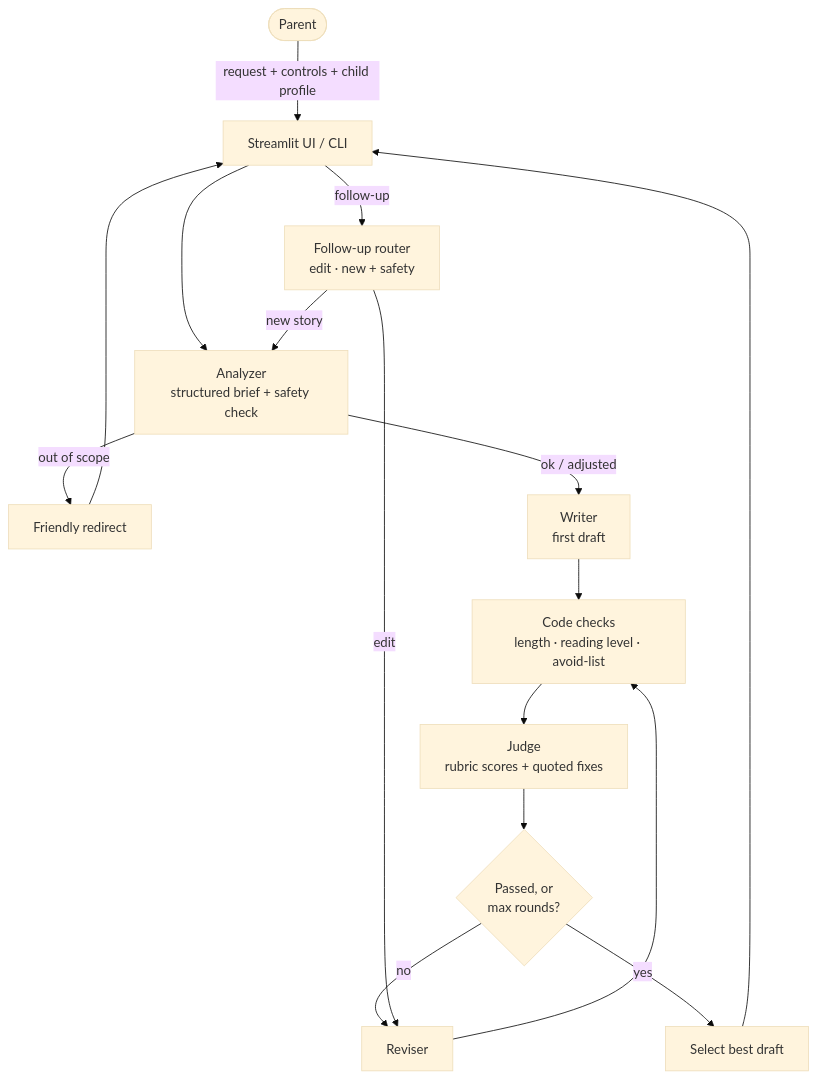
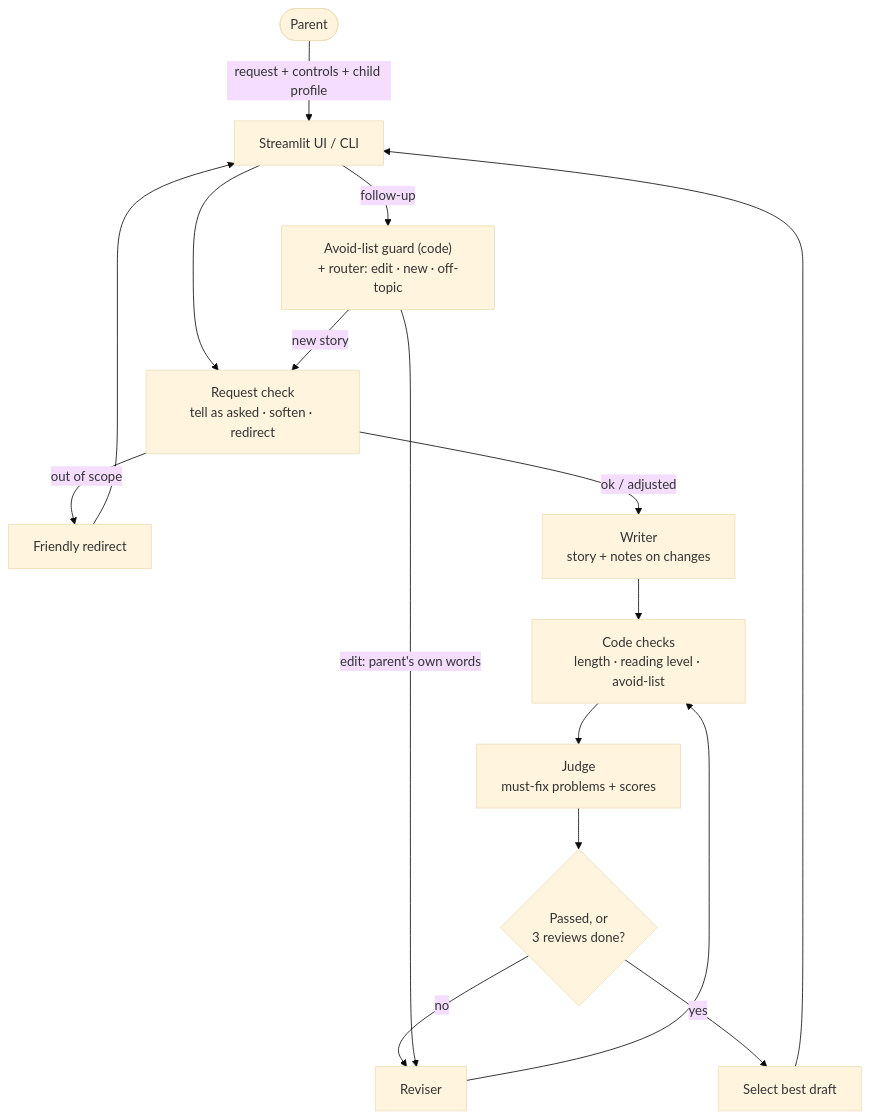
Before and after one commit to AdwaitMahadar/Bedtime-Stories: the diagram in docs/DESIGN.md, drawn with Mermaid (base theme). The commit also changed other lines of this file and 42 other files, not shown here.

First line of the commit message:
Rework the judge loop after reading every story

````diff
--- a/docs/DESIGN.md
+++ b/docs/DESIGN.md
@@ -7,18 +7,18 @@
 ```mermaid
 flowchart TD
     U(["Parent"]) -->|"request + controls + child profile"| UI["Streamlit UI / CLI"]
-    UI --> A["Analyzer<br/>structured brief + safety check"]
+    UI --> A["Request check<br/>tell as asked · soften · redirect"]
     A -->|"out of scope"| X["Friendly redirect"]
     X --> UI
-    A -->|"ok / adjusted"| W["Writer<br/>first draft"]
+    A -->|"ok / adjusted"| W["Writer<br/>story + notes on changes"]
     W --> C["Code checks<br/>length · reading level · avoid-list"]
-    C --> J["Judge<br/>rubric scores + quoted fixes"]
-    J --> D{"Passed, or<br/>max rounds?"}
+    C --> J["Judge<br/>must-fix problems + scores"]
+    J --> D{"Passed, or<br/>3 reviews done?"}
     D -->|"no"| R["Reviser"]
     R --> C
     D -->|"yes"| S["Select best draft"]
     S --> UI
-    UI -->|"follow-up"| F["Follow-up router<br/>edit · new + safety"]
-    F -->|"edit"| R
-    F -->|"new story"| A
+    UI -->|"follow-up"| G["Avoid-list guard (code)<br/>+ router: edit · new · off-topic"]
+    G -->|"edit: parent's own words"| R
+    G -->|"new story"| A
 ```
````
